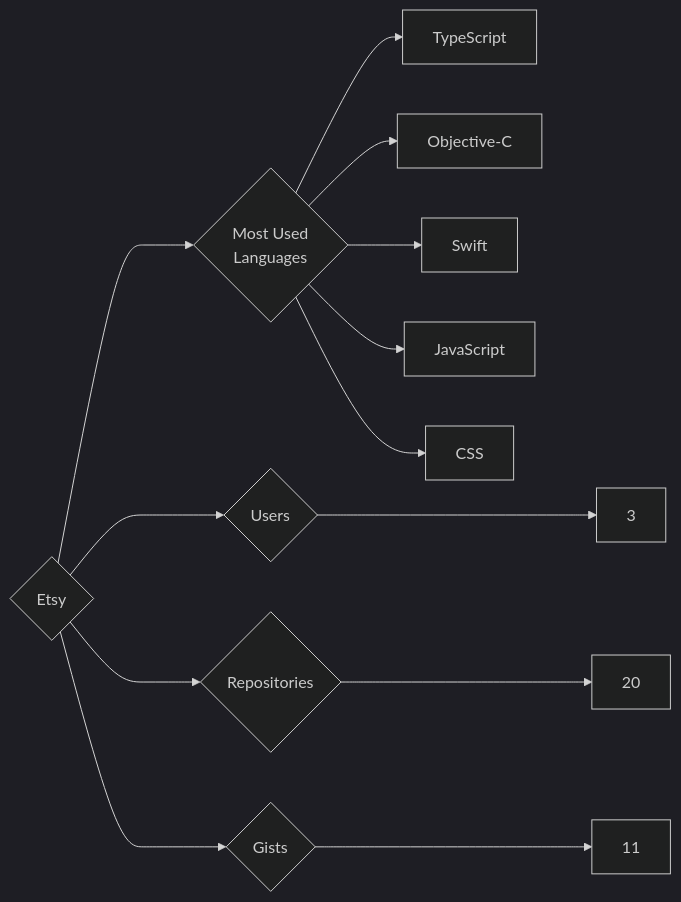
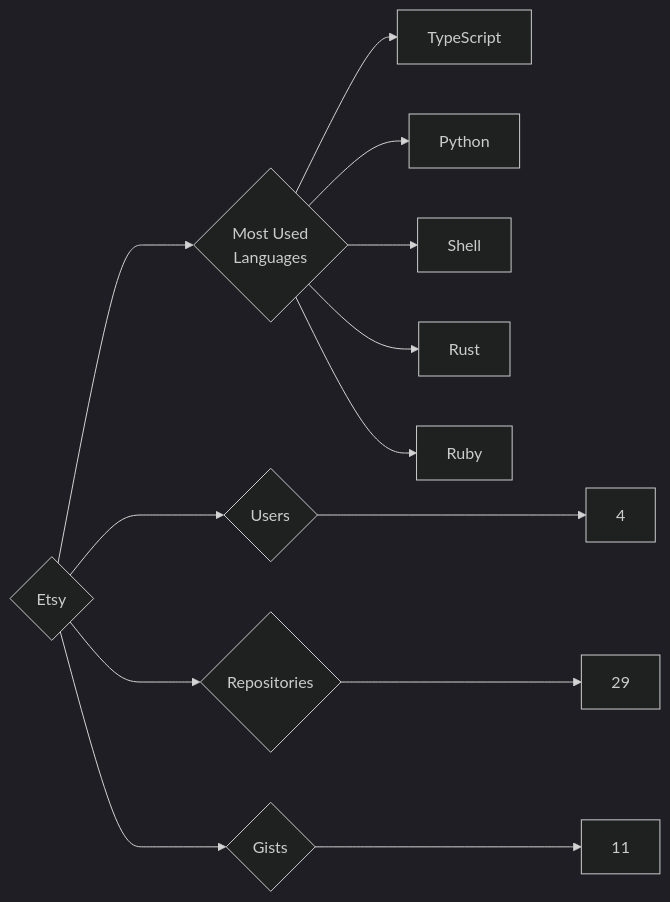
Before and after one commit to trickest/insiders: the diagram in targets/Etsy/README.md, drawn with Mermaid (dark theme). The commit also changed 933 other files, not shown here.

````diff
--- a/targets/Etsy/README.md
+++ b/targets/Etsy/README.md
@@ -3,13 +3,13 @@
 ```mermaid
 graph LR
 COMPANY_NAME{Etsy}
-COMPANY_NAME ---> U{Users} ---> UN[3]
-COMPANY_NAME ---> R{Repositories} ---> RN[20]
+COMPANY_NAME ---> U{Users} ---> UN[4]
+COMPANY_NAME ---> R{Repositories} ---> RN[29]
 COMPANY_NAME ---> G{Gists} ---> GN[11]
 COMPANY_NAME ---> ML{Most Used<br>Languages}
 ML --> TypeScript[TypeScript]
-ML --> Objective-C[Objective-C]
-ML --> Swift[Swift]
-ML --> JavaScript[JavaScript]
-ML --> CSS[CSS]
+ML --> Python[Python]
+ML --> Shell[Shell]
+ML --> Rust[Rust]
+ML --> Ruby[Ruby]
 ```
````
